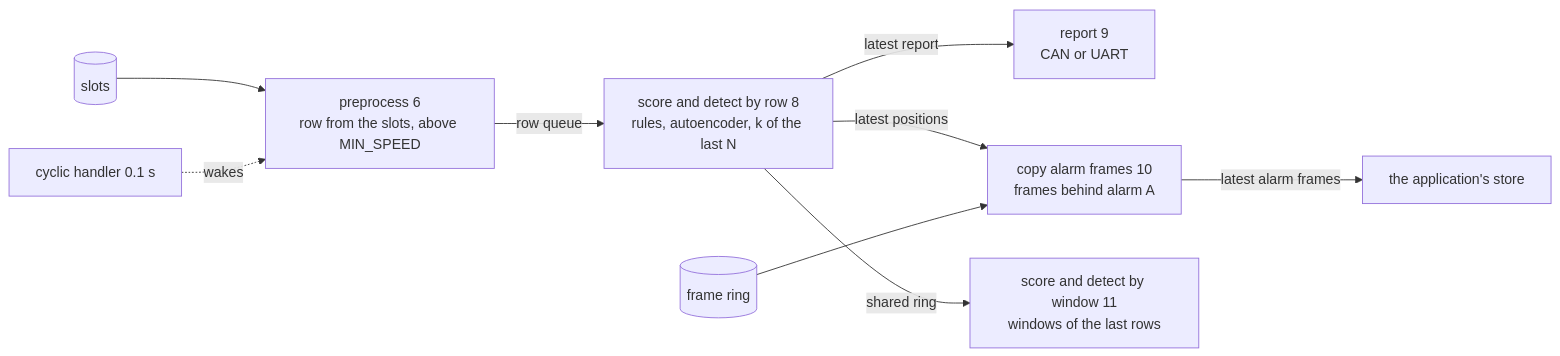
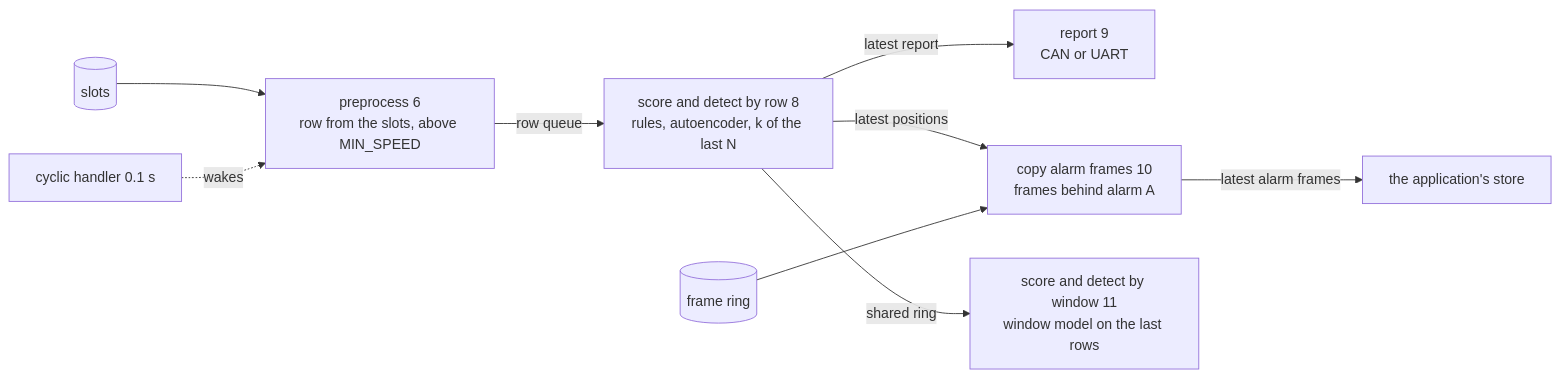
One commit to asana17/ai_can_anomaly_detection changed the diagram in board/lib/ai_can_anomaly_detection_tasks/README.md. Above: the diagram before and after it, drawn with Mermaid. The commit also changed other lines of this file and 4 other files, not shown here.

Commit message:
feat(board): score each window with the window model

````diff
--- a/board/lib/ai_can_anomaly_detection_tasks/README.md
+++ b/board/lib/ai_can_anomaly_detection_tasks/README.md
@@ -12,11 +12,11 @@
 ```mermaid
 flowchart LR
     slots[(slots)] --> pre["preprocess 6<br/>row from the slots, above MIN_SPEED"]
     tick[cyclic handler 0.1 s] -. wakes .-> pre
     pre -- row queue --> sd["score and detect by row 8<br/>rules, autoencoder, k of the last N"]
     sd -- latest report --> report["report 9<br/>CAN or UART"]
     sd -- latest positions --> copy["copy alarm frames 10<br/>frames behind alarm A"]
     frames[(frame ring)] --> copy
     copy -- latest alarm frames --> store["the application's store"]
-    sd -- shared ring --> win["score and detect by window 11<br/>windows of the last rows"]
+    sd -- shared ring --> win["score and detect by window 11<br/>window model on the last rows"]
 ```
````
